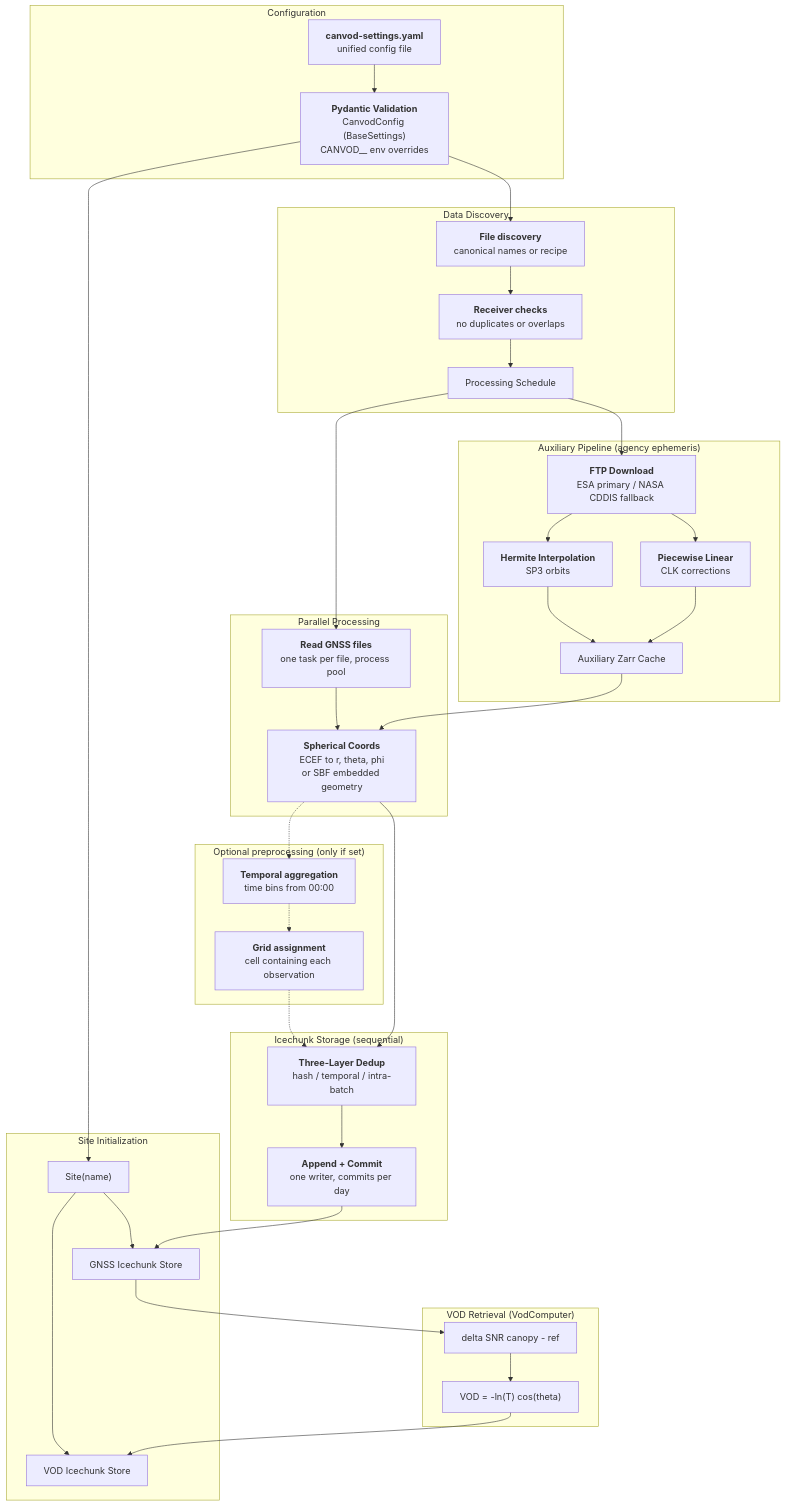
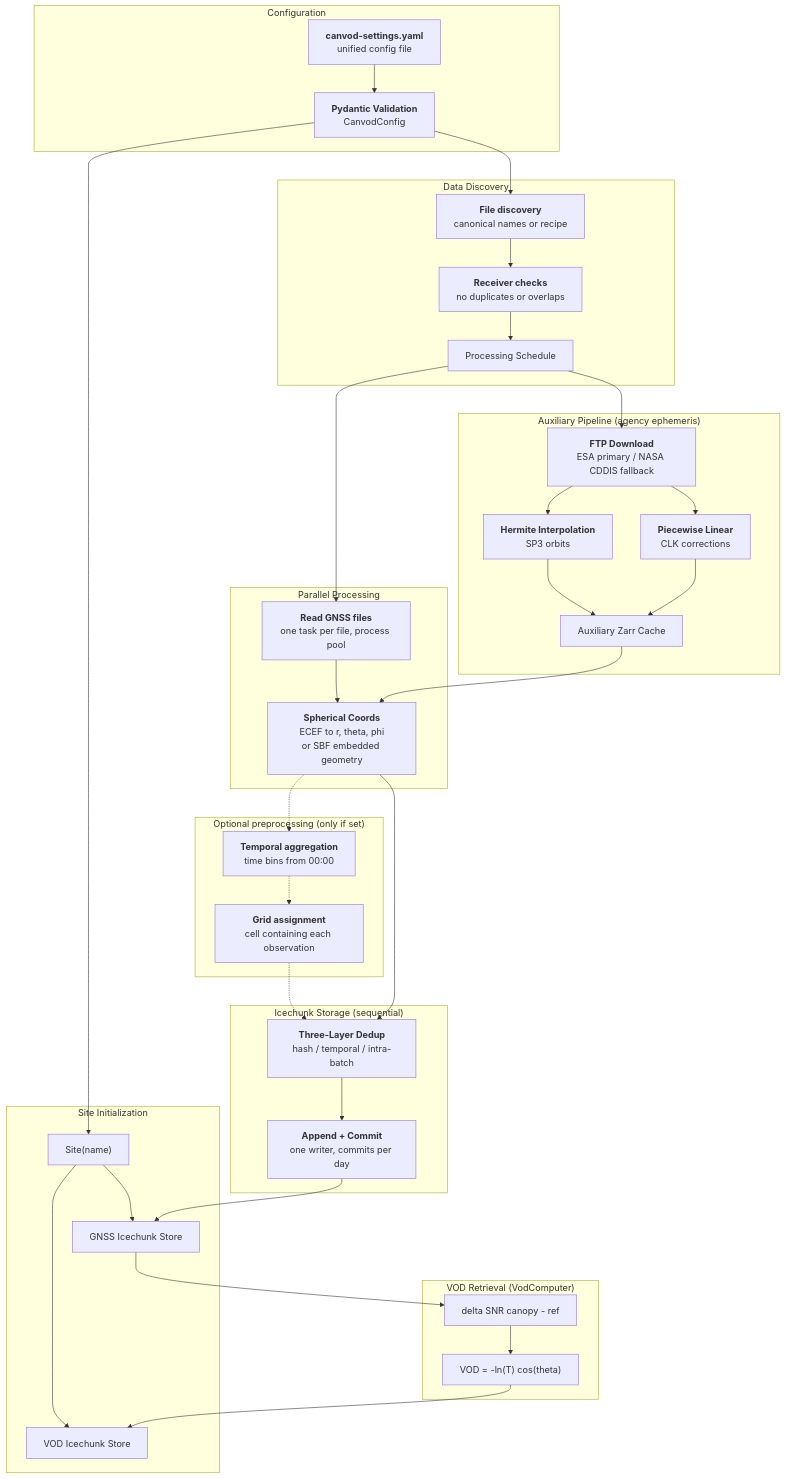
One commit to TUW-GEO/canvodpy changed the second of 2 diagrams in docs/architecture.md. Above: the diagram before and after it, drawn with Mermaid. The commit also changed other lines of this file and 3 other files, not shown here.

First line of the commit message:
docs(config): remove the environment variable overrides, which do not work

````diff
--- a/docs/architecture.md
+++ b/docs/architecture.md
@@ -219,77 +219,76 @@
 ```mermaid
 flowchart TD
     subgraph CFG["Configuration"]
         YAML["`**canvod-settings.yaml**
         unified config file`"]
         PYDANTIC["`**Pydantic Validation**
-        CanvodConfig (BaseSettings)
-        CANVOD__ env overrides`"]
+        CanvodConfig`"]
     end
 
     subgraph INIT["Site Initialization"]
         SITE["Site(name)"]
         GNSS_STORE["GNSS Icechunk Store"]
         VOD_STORE["VOD Icechunk Store"]
     end
 
     subgraph DISCOVERY["Data Discovery"]
         MAPPER["`**File discovery**
         canonical names or recipe`"]
         VALIDATOR["`**Receiver checks**
         no duplicates or overlaps`"]
         SCHEDULE["Processing Schedule"]
     end
 
     subgraph AUX["Auxiliary Pipeline (agency ephemeris)"]
         FTP["`**FTP Download**
         ESA primary / NASA CDDIS fallback`"]
         HERMITE["`**Hermite Interpolation**
         SP3 orbits`"]
         LINEAR["`**Piecewise Linear**
         CLK corrections`"]
         AUX_ZARR["Auxiliary Zarr Cache"]
     end
 
     subgraph PARALLEL["Parallel Processing"]
         READ_R["`**Read GNSS files**
         one task per file, process pool`"]
         SPHERICAL["`**Spherical Coords**
         ECEF to r, theta, phi
         or SBF embedded geometry`"]
     end
 
     subgraph WRITE["Icechunk Storage (sequential)"]
         DEDUP["`**Three-Layer Dedup**
         hash / temporal / intra-batch`"]
         APPEND["`**Append + Commit**
         one writer, commits per day`"]
     end
 
     subgraph PREP["Optional preprocessing (only if set)"]
         AGG["`**Temporal aggregation**
         time bins from 00:00`"]
         KDTREE["`**Grid assignment**
         cell containing each observation`"]
     end
 
     subgraph VOD["VOD Retrieval (VodComputer)"]
         DELTA["delta SNR canopy - ref"]
         TAU["VOD = -ln(T) cos(theta)"]
     end
 
     YAML --> PYDANTIC --> SITE
     SITE --> GNSS_STORE & VOD_STORE
 
     PYDANTIC --> MAPPER --> VALIDATOR --> SCHEDULE
 
     SCHEDULE --> FTP --> HERMITE & LINEAR --> AUX_ZARR
 
     SCHEDULE --> READ_R --> SPHERICAL
     AUX_ZARR --> SPHERICAL
 
     SPHERICAL -.-> AGG -.-> KDTREE -.-> DEDUP
     SPHERICAL --> DEDUP --> APPEND --> GNSS_STORE
 
     GNSS_STORE --> DELTA --> TAU
     TAU --> VOD_STORE
 ```
````
